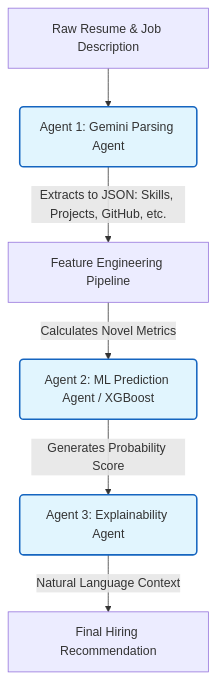
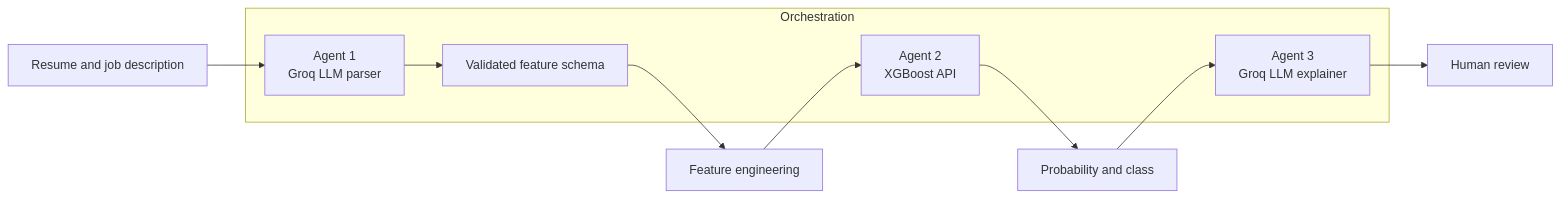
Before and after one commit to BakaryGibba/Multi-Agent-Resume-Analysis-Research: the diagram in README.md, drawn with Mermaid. The commit also changed other lines of this file and 12 other files, not shown here.

````diff
--- a/README.md
+++ b/README.md
@@ -52,13 +33,17 @@
 ```mermaid
-graph TD
-    A[Raw Resume & Job Description] --> B(Agent 1: Gemini Parsing Agent)
-    B -->|Extracts to JSON: Skills, Projects, GitHub, etc.| C[Feature Engineering Pipeline]
-    
-    C -->|Calculates Novel Metrics| D(Agent 2: ML Prediction Agent / XGBoost)
-    D -->|Generates Probability Score| E(Agent 3: Explainability Agent)
-    
-    E -->|Natural Language Context| F[Final Hiring Recommendation]
-    
-    classDef agents fill:#e1f5fe,stroke:#1565c0,stroke-width:2px;
-    class B,D,E agents;
+flowchart LR
+    A[Resume and job description] --> B[Agent 1<br/>Groq LLM parser]
+    B --> C[Validated feature schema]
+    C --> D[Feature engineering]
+    D --> E[Agent 2<br/>XGBoost API]
+    E --> F[Probability and class]
+    F --> G[Agent 3<br/>Groq LLM explainer]
+    G --> H[Human review]
+
+    subgraph Orchestration
+      B
+      C
+      E
+      G
+    end
 ```
````
